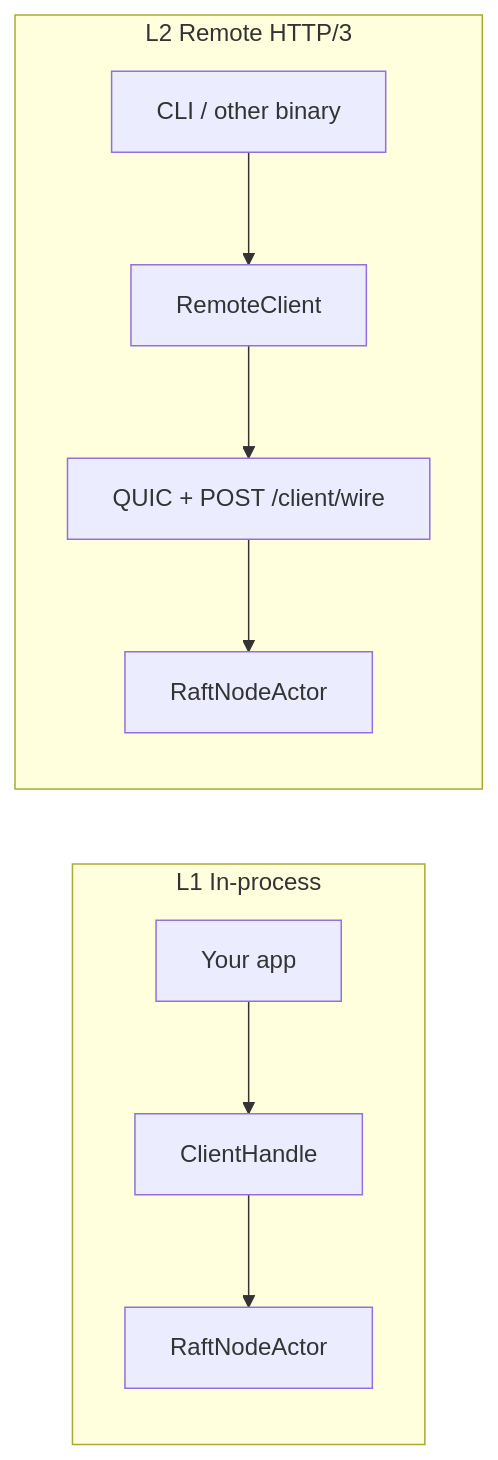
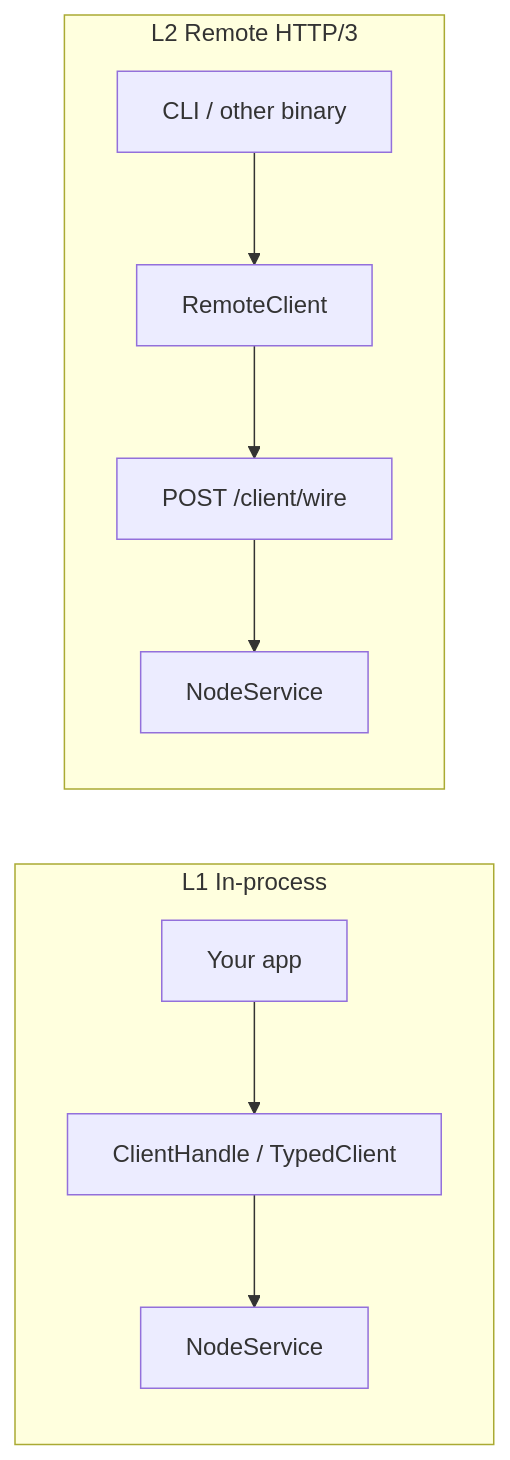
The second of 2 diagrams in docs/architecture.md (lemarco/craft), drawn with Mermaid before and after one commit. The commit also changed other lines of this file and 30 other files, not shown here.

````diff
--- a/docs/architecture.md
+++ b/docs/architecture.md
@@ -81,17 +80,17 @@
 ```mermaid
 flowchart LR
     subgraph L1["L1 In-process"]
         APP[Your app]
-        CH[ClientHandle]
-        AR[RaftNodeActor]
-        APP --> CH --> AR
+        CH[ClientHandle / TypedClient]
+        NS[NodeService]
+        APP --> CH --> NS
     end
 
     subgraph L2["L2 Remote HTTP/3"]
         APP2[CLI / other binary]
-        RMC[RemoteClient]
-        QUIC[QUIC + POST /client/wire]
-        AR2[RaftNodeActor]
-        APP2 --> RMC --> QUIC --> AR2
+        RC[RemoteClient]
+        QUIC[POST /client/wire]
+        NS2[NodeService]
+        APP2 --> RC --> QUIC --> NS2
     end
 ```
````
